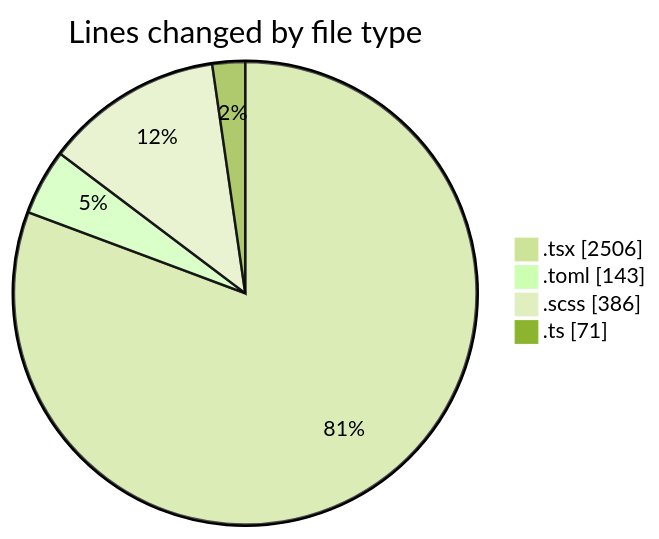
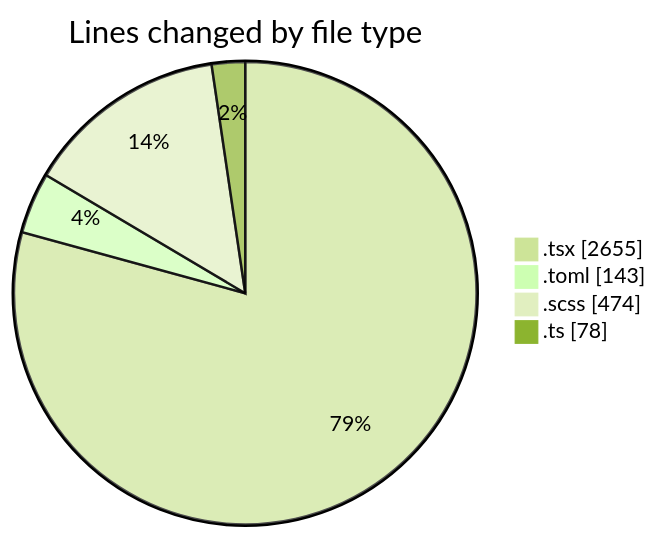
One commit to momahboobian/code-tracking changed the first of 2 diagrams in 2026-11-02/cda/README.md. Above: the diagram before and after it, drawn with Mermaid (forest theme). The commit also changed other lines of this file and 1 other file, not shown here.

````diff
--- a/2026-11-02/cda/README.md
+++ b/2026-11-02/cda/README.md
@@ -36,8 +40,8 @@
 ```mermaid
 pie showData
 title Lines changed by file type
-".tsx" : 2506
+".tsx" : 2655
 ".toml" : 143
-".scss" : 386
-".ts" : 71
+".scss" : 474
+".ts" : 78
 ```
````
